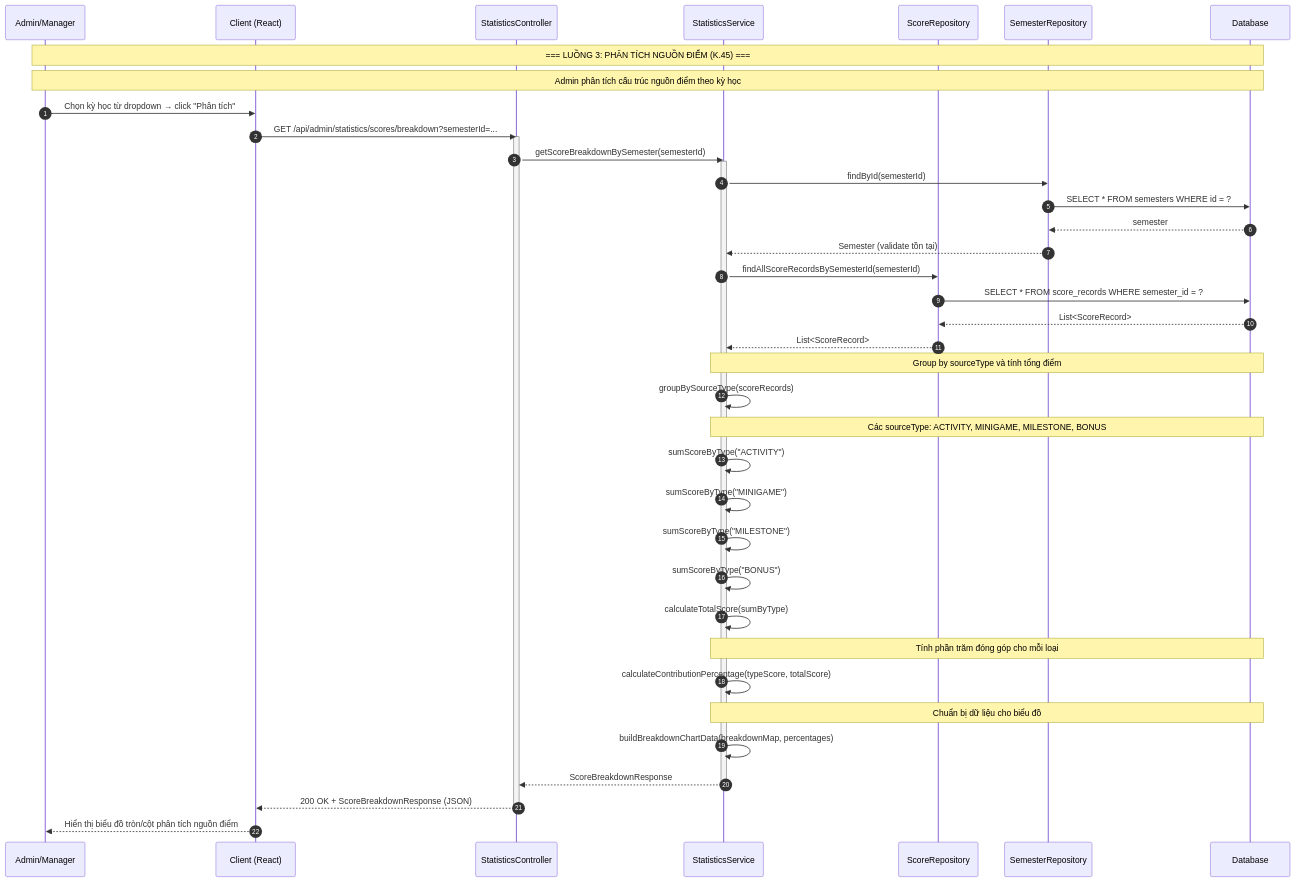
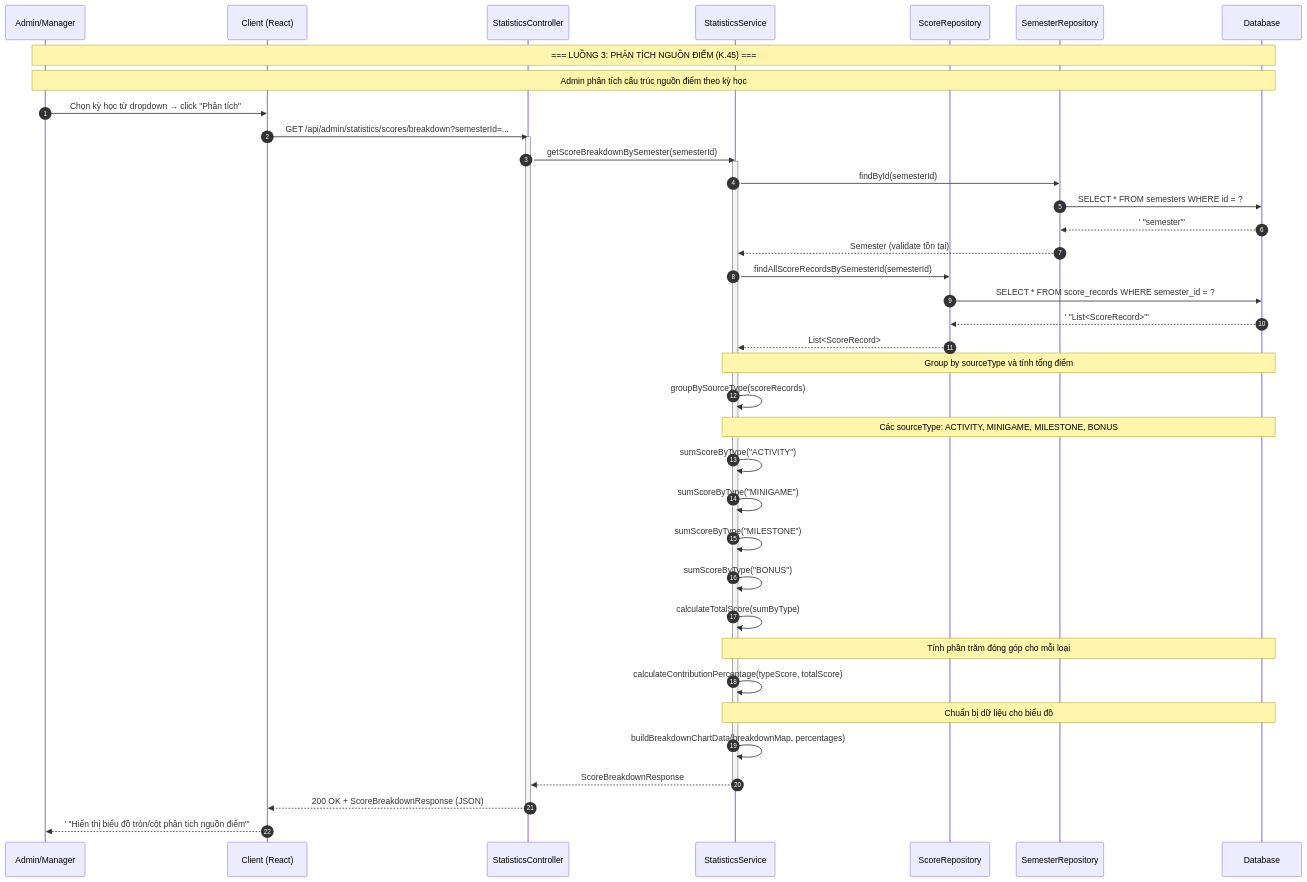
Before and after one commit to mchien04/CampusLife: the third of 3 diagrams in docs/sequence-diagramV2/sequence-diagram-statistics.md, drawn with Mermaid. The commit also changed other lines of this file and 18 other files, not shown here.

First line of the commit message:
fix(sequence-diagramV2): fix Mermaid parse errors

````diff
--- a/docs/sequence-diagramV2/sequence-diagram-statistics.md
+++ b/docs/sequence-diagramV2/sequence-diagram-statistics.md
@@ -256,56 +256,56 @@
 ```mermaid
 sequenceDiagram
     autonumber
     participant A as Admin/Manager
     participant C as Client (React)
     participant Ctrl as StatisticsController
     participant S as StatisticsService
     participant SR as ScoreRepository
     participant SemR as SemesterRepository
     participant DB as Database
 
     Note over A, DB: === LUỒNG 3: PHÂN TÍCH NGUỒN ĐIỂM (K.45) ===
     Note over A, DB: Admin phân tích cấu trúc nguồn điểm theo kỳ học
 
     A->>C: Chọn kỳ học từ dropdown → click "Phân tích"
     C->>Ctrl: GET /api/admin/statistics/scores/breakdown?semesterId=...
     activate Ctrl
 
     Ctrl->>S: getScoreBreakdownBySemester(semesterId)
     activate S
 
     S->>SemR: findById(semesterId)
     SemR->>DB: SELECT * FROM semesters WHERE id = ?
-    DB-->>SemR: semester
+    DB-->>SemR:' "semester"'
     SemR-->>S: Semester (validate tồn tại)
 
     S->>SR: findAllScoreRecordsBySemesterId(semesterId)
     SR->>DB: SELECT * FROM score_records WHERE semester_id = ?
-    DB-->>SR: List<ScoreRecord>
+    DB-->>SR:' "List<ScoreRecord>"'
     SR-->>S: List<ScoreRecord>
 
     Note over S, DB: Group by sourceType và tính tổng điểm
     S->>S: groupBySourceType(scoreRecords)
 
     Note over S, DB: Các sourceType: ACTIVITY, MINIGAME, MILESTONE, BONUS
     S->>S: sumScoreByType("ACTIVITY")
     S->>S: sumScoreByType("MINIGAME")
     S->>S: sumScoreByType("MILESTONE")
     S->>S: sumScoreByType("BONUS")
 
     S->>S: calculateTotalScore(sumByType)
 
     Note over S, DB: Tính phần trăm đóng góp cho mỗi loại
     S->>S: calculateContributionPercentage(typeScore, totalScore)
 
     Note over S, DB: Chuẩn bị dữ liệu cho biểu đồ
     S->>S: buildBreakdownChartData(breakdownMap, percentages)
 
     S-->>Ctrl: ScoreBreakdownResponse
     deactivate S
 
     Ctrl-->>C: 200 OK + ScoreBreakdownResponse (JSON)
     deactivate Ctrl
 
-    C-->>A: Hiển thị biểu đồ tròn/cột phân tích nguồn điểm
+    C-->>A:' "Hiển thị biểu đồ tròn/cột phân tích nguồn điểm"'
 ```
````
